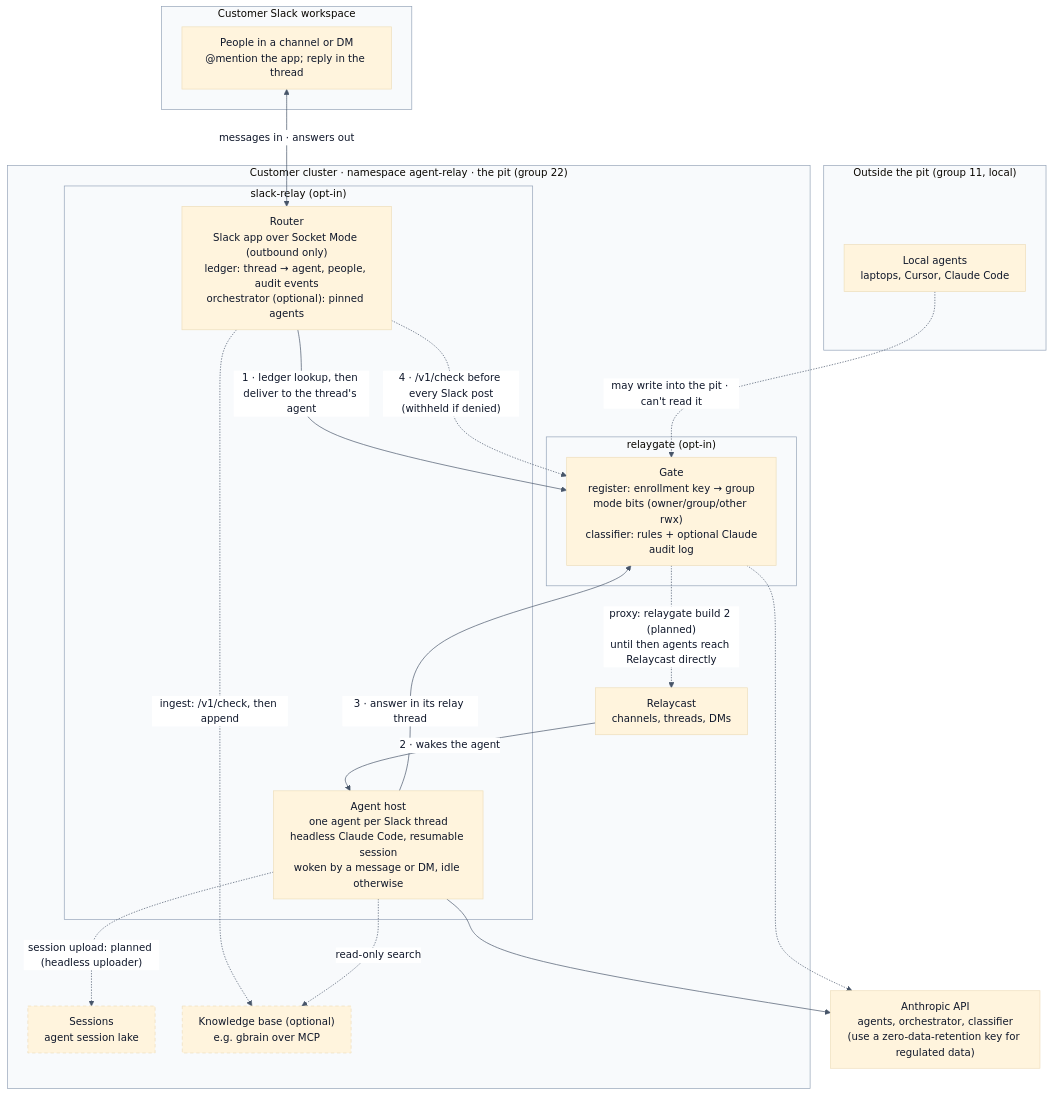
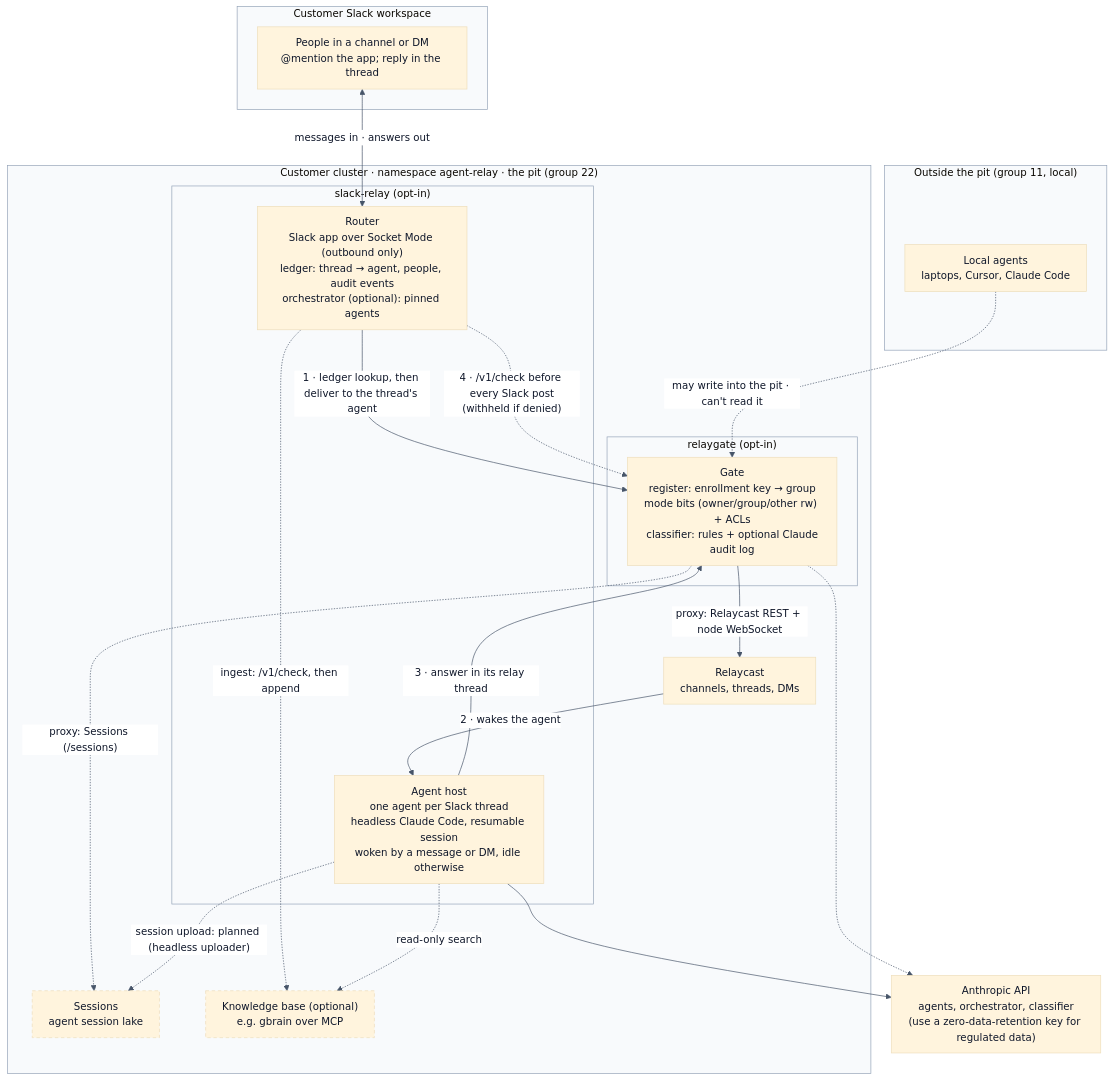
The diagram in docs/diagrams/slack-relay-relaygate.mmd (AgentWorkforce/infra), drawn with Mermaid before and after one commit. The commit also changed 10 other files, not shown here.

First line of the commit message:
docs(relaygate): clear stale build-1 notes; admin audit; comment fixes

```diff
--- a/docs/diagrams/slack-relay-relaygate.mmd
+++ b/docs/diagrams/slack-relay-relaygate.mmd
@@ -1,47 +1,48 @@
 %% Slack app (charts/slack-relay) and the relaygate governance gate (charts/relaygate), both opt-in.
 %% Source of truth for slack-relay-relaygate.svg / .png. Render with
 %% @mermaid-js/mermaid-cli 11.4.2: mmdc -i slack-relay-relaygate.mmd -o slack-relay-relaygate.svg -b white
 %% and the same with -o slack-relay-relaygate.png -s 2.
 %% Solid edges: what happens for every Slack message. Dashed: checks, optional and planned paths.
 %%{init: {"theme": "base", "themeVariables": {"fontSize": "15px", "clusterBkg": "#f8fafc", "clusterBorder": "#94a3b8", "lineColor": "#475569", "primaryTextColor": "#0f172a", "edgeLabelBackground": "#ffffff"}, "flowchart": {"curve": "basis", "nodeSpacing": 40, "rankSpacing": 60, "padding": 12, "wrappingWidth": 260}}}%%
 flowchart TB
   subgraph SLACK["Customer Slack workspace"]
     people["People in a channel or DM<br/>@mention the app; reply in the thread"]
   end
 
   subgraph OUT["Outside the pit (group 11, local)"]
     local["Local agents<br/>laptops, Cursor, Claude Code"]
   end
 
   subgraph NS["Customer cluster · namespace agent-relay · the pit (group 22)"]
     subgraph SR["slack-relay (opt-in)"]
       router["Router<br/>Slack app over Socket Mode (outbound only)<br/>ledger: thread → agent, people, audit events<br/>orchestrator (optional): pinned agents"]
       host["Agent host<br/>one agent per Slack thread<br/>headless Claude Code, resumable session<br/>woken by a message or DM, idle otherwise"]
     end
 
     subgraph RG["relaygate (opt-in)"]
-      gate["Gate<br/>register: enrollment key → group<br/>mode bits (owner/group/other rwx)<br/>classifier: rules + optional Claude<br/>audit log"]
+      gate["Gate<br/>register: enrollment key → group<br/>mode bits (owner/group/other rw) + ACLs<br/>classifier: rules + optional Claude<br/>audit log"]
     end
 
     cast["Relaycast<br/>channels, threads, DMs"]
     sessions["Sessions<br/>agent session lake"]
     kb["Knowledge base (optional)<br/>e.g. gbrain over MCP"]
   end
 
   anthropic["Anthropic API<br/>agents, orchestrator, classifier<br/>(use a zero-data-retention key for regulated data)"]
 
   people <-->|"messages in · answers out"| router
   router -->|"1 · ledger lookup, then deliver to the thread's agent"| gate
-  gate -.->|"proxy: relaygate build 2 (planned)<br/>until then agents reach Relaycast directly"| cast
+  gate -->|"proxy: Relaycast REST + node WebSocket"| cast
+  gate -.->|"proxy: Sessions (/sessions)"| sessions
   cast -->|"2 · wakes the agent"| host
   host -->|"3 · answer in its relay thread"| gate
   router -.->|"4 · /v1/check before every Slack post<br/>(withheld if denied)"| gate
   router -.->|"ingest: /v1/check, then append"| kb
   host -.->|"read-only search"| kb
   host -.->|"session upload: planned (headless uploader)"| sessions
   local -.->|"may write into the pit · can't read it"| gate
   host --> anthropic
   gate -.-> anthropic
 
   classDef optional stroke-dasharray: 5 4
   class kb,sessions optional
```
